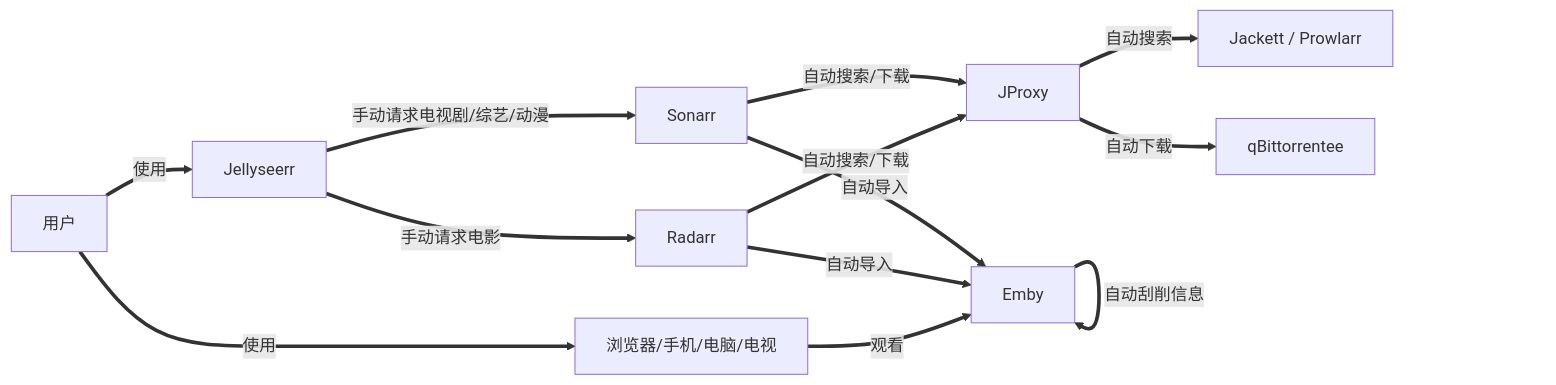
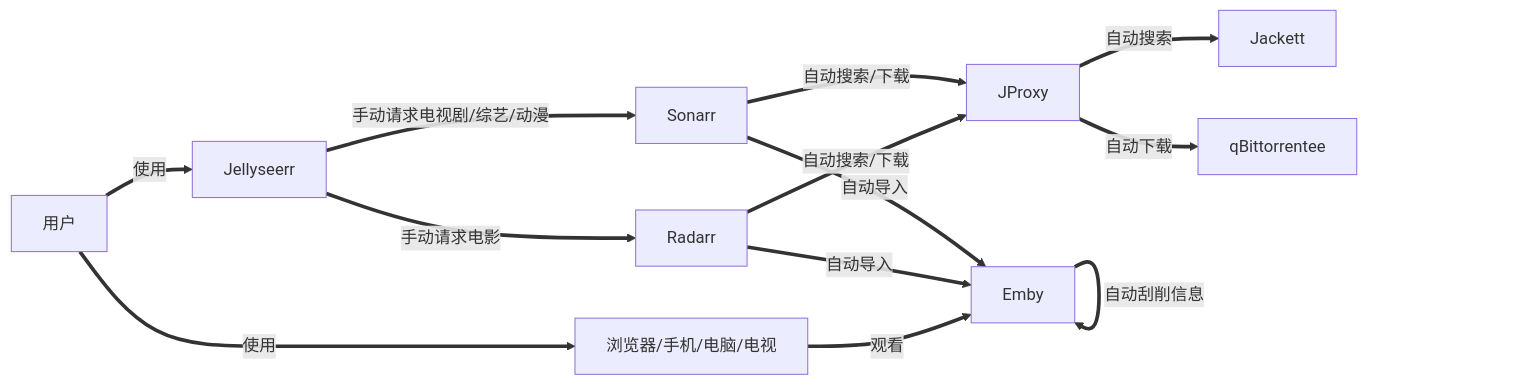
The first of 2 diagrams in README.md (LuckyPuppy514/automatic-theater), drawn with Mermaid before and after one commit. The commit also changed other lines of this file and 943 other files, not shown here.

````diff
--- a/README.md
+++ b/README.md
@@ -25,11 +29,11 @@
 ```mermaid
 graph LR
-    1[Jellyseerr] == 手动请求电视剧/综艺/动漫 ==> 2[Sonarr] == 自动搜索/下载 ==> 3[JProxy] == 自动搜索 ==> 4[Jackett / Prowlarr]
+    1[Jellyseerr] == 手动请求电视剧/综艺/动漫 ==> 2[Sonarr] == 自动搜索/下载 ==> 3[JProxy] == 自动搜索 ==> 4[Jackett]
     1[Jellyseerr] == 手动请求电影 ==> 6[Radarr] == 自动搜索/下载 ==> 3[JProxy]
     3[JProxy] == 自动下载 ==> 5[qBittorrentee]
     2[Sonarr] == 自动导入 ==> 7[Emby]
     6[Radarr] == 自动导入 ==> 7[Emby]
     7[Emby] == 自动刮削信息 ==> 7[Emby]
     11[用户] == 使用 ==> 8[浏览器/手机/电脑/电视] == 观看 ==> 7[Emby]
     11[用户] == 使用 ==> 1[Jellyseerr]
 ```
````
